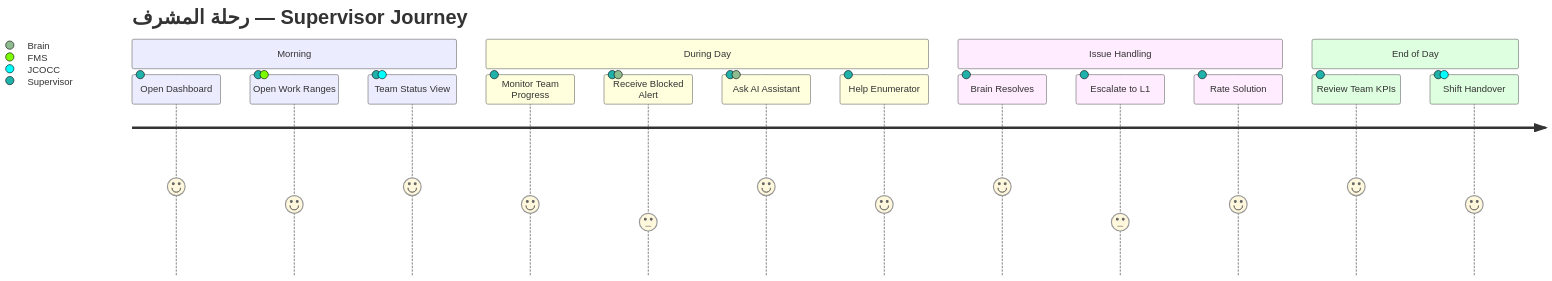
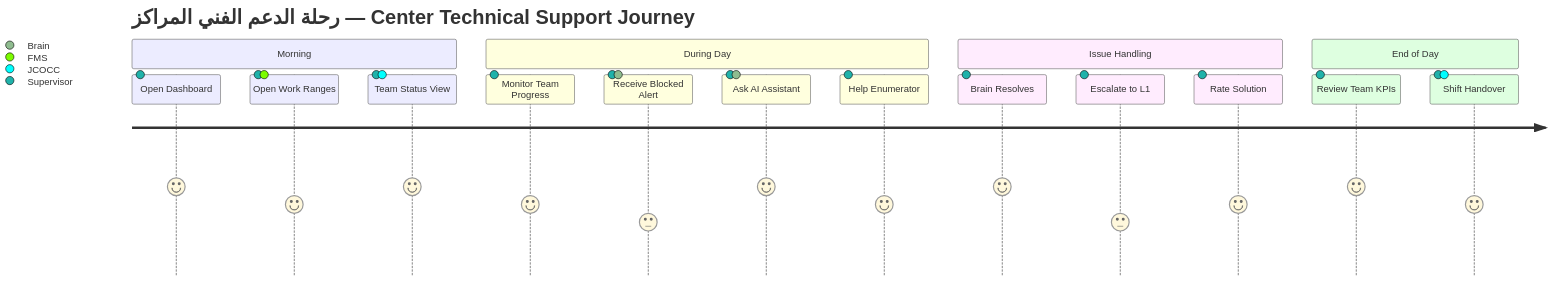
The seventh of 10 diagrams in docs/phase-02-business-workflows-and-journey-maps.md (AbdalrahmanALabed/Jordan-Census-Support-Center), drawn with Mermaid before and after one commit. The commit also changed 81 other files, not shown here.

First line of the commit message:
Add regional routing, support supervisor workflows, and auth fixes.

````diff
--- a/docs/phase-02-business-workflows-and-journey-maps.md
+++ b/docs/phase-02-business-workflows-and-journey-maps.md
@@ -868,20 +868,20 @@
 ```mermaid
 journey
-    title رحلة المشرف — Supervisor Journey
+    title رحلة الدعم الفني المراكز — Center Technical Support Journey
     section Morning
       Open Dashboard: 5: Supervisor
       Open Work Ranges: 4: Supervisor, FMS
       Team Status View: 5: Supervisor, JCOCC
     section During Day
       Monitor Team Progress: 4: Supervisor
       Receive Blocked Alert: 3: Supervisor, Brain
       Ask AI Assistant: 5: Supervisor, Brain
       Help Enumerator: 4: Supervisor
     section Issue Handling
       Brain Resolves: 5: Supervisor
       Escalate to L1: 3: Supervisor
       Rate Solution: 4: Supervisor
     section End of Day
       Review Team KPIs: 5: Supervisor
       Shift Handover: 4: Supervisor, JCOCC
 ```
````
